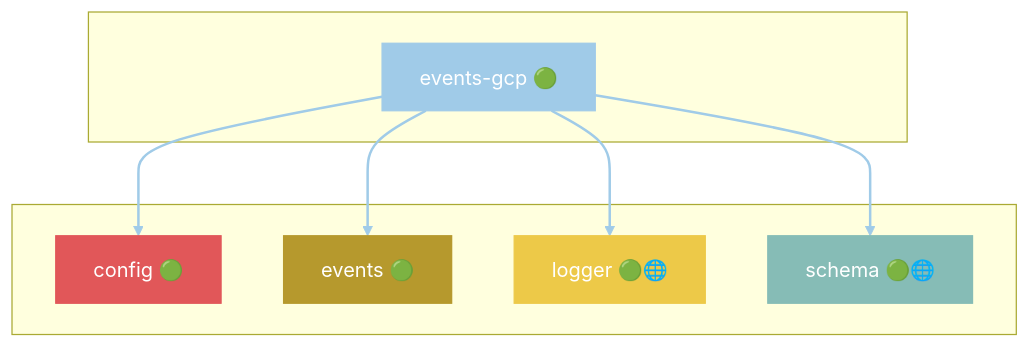
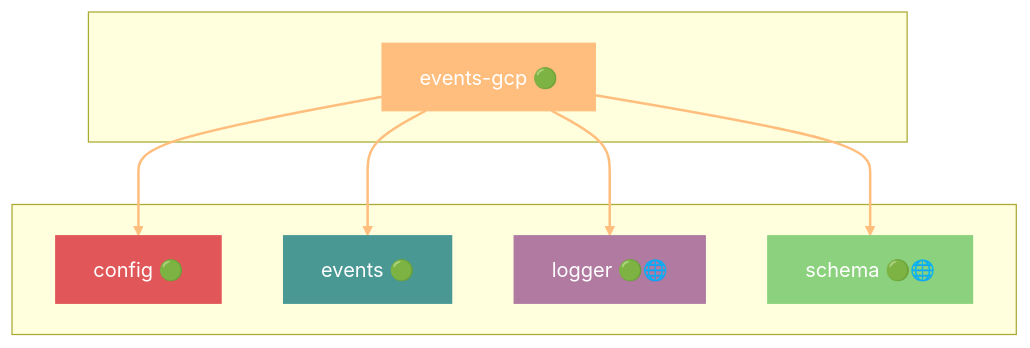
Diagram 18 of 41 in docs/DEPENDENCIES.md (grest-ts/grest-ts), drawn with Mermaid before and after one commit. The commit also changed other lines of this file and 29 other files, not shown here.

````diff
--- a/docs/DEPENDENCIES.md
+++ b/docs/DEPENDENCIES.md
@@ -903,25 +913,25 @@
 ```mermaid
 flowchart TB
     subgraph Package[" "]
         events-gcp["events-gcp 🟢"]
     end
     subgraph Dependencies[" "]
         config["config 🟢"]
         events["events 🟢"]
         logger["logger 🟢🌐"]
         schema["schema 🟢🌐"]
     end
     events-gcp --> config
     events-gcp --> events
     events-gcp --> logger
     events-gcp --> schema
-    style events-gcp fill:#A0CBE8,stroke:#A0CBE8,color:#fff
+    style events-gcp fill:#FFBE7D,stroke:#FFBE7D,color:#fff
     style config fill:#E15759,stroke:#E15759,color:#fff
-    style events fill:#B6992D,stroke:#B6992D,color:#fff
-    style logger fill:#EDC948,stroke:#EDC948,color:#fff
-    style schema fill:#86BCB6,stroke:#86BCB6,color:#fff
-    linkStyle 0 stroke:#A0CBE8,stroke-width:2px
-    linkStyle 1 stroke:#A0CBE8,stroke-width:2px
-    linkStyle 2 stroke:#A0CBE8,stroke-width:2px
-    linkStyle 3 stroke:#A0CBE8,stroke-width:2px
+    style events fill:#499894,stroke:#499894,color:#fff
+    style logger fill:#B07AA1,stroke:#B07AA1,color:#fff
+    style schema fill:#8CD17D,stroke:#8CD17D,color:#fff
+    linkStyle 0 stroke:#FFBE7D,stroke-width:2px
+    linkStyle 1 stroke:#FFBE7D,stroke-width:2px
+    linkStyle 2 stroke:#FFBE7D,stroke-width:2px
+    linkStyle 3 stroke:#FFBE7D,stroke-width:2px
 ```
````
